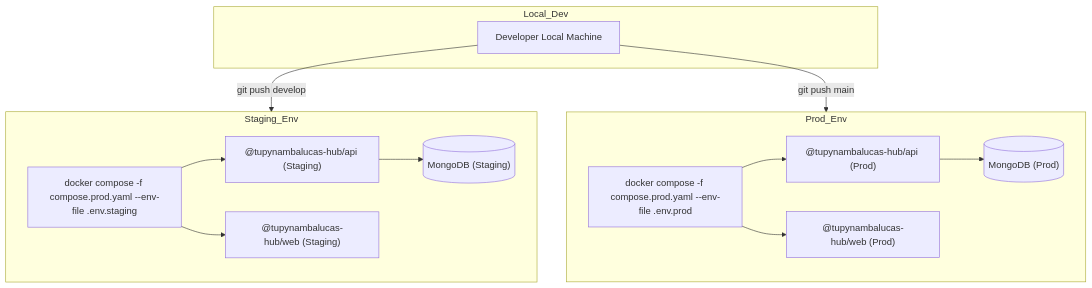
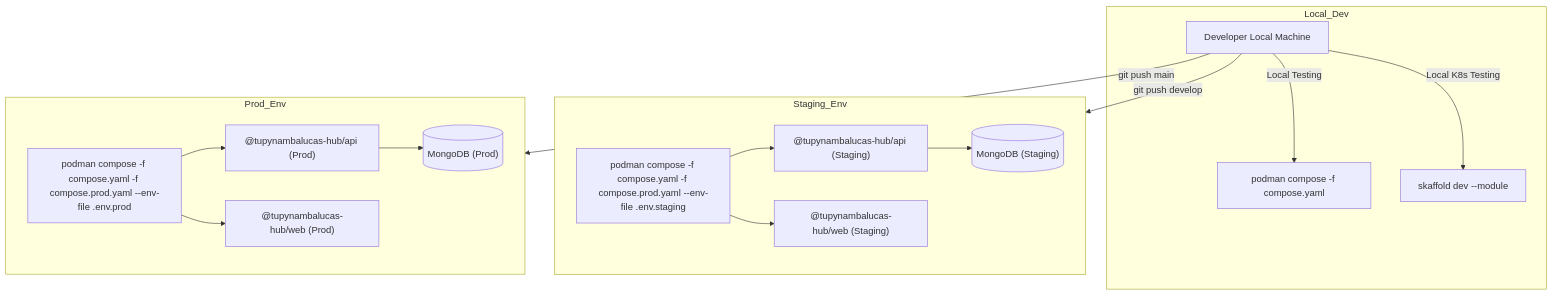
One commit to tupynambalucas/tupynambalucas changed the diagram in docs/handbook/reference/infrastructure.mdx. Above: the diagram before and after it, drawn with Mermaid. The commit also changed other lines of this file and 32 other files, not shown here.

````diff
--- a/docs/handbook/reference/infrastructure.mdx
+++ b/docs/handbook/reference/infrastructure.mdx
@@ -6,30 +21,34 @@
 ```mermaid
 graph TD
     direction TB
     subgraph Local_Dev
         Code["Developer Local Machine"]
+        LocalCompose["podman compose -f compose.yaml"]
+        LocalK8s["skaffold dev --module <name>"]
     end
     subgraph Staging_Env
-        StgCompose["docker compose -f compose.prod.yaml --env-file .env.staging"]
+        StgCompose["podman compose -f compose.yaml -f compose.prod.yaml --env-file .env.staging"]
         StgAPI["@tupynambalucas-hub/api (Staging)"]
         StgWeb["@tupynambalucas-hub/web (Staging)"]
         StgDB[("MongoDB (Staging)")]
     end
     subgraph Prod_Env
-        ProdCompose["docker compose -f compose.prod.yaml --env-file .env.prod"]
+        ProdCompose["podman compose -f compose.yaml -f compose.prod.yaml --env-file .env.prod"]
         ProdAPI["@tupynambalucas-hub/api (Prod)"]
         ProdWeb["@tupynambalucas-hub/web (Prod)"]
         ProdDB[("MongoDB (Prod)")]
     end
 
+    Code -->|Local Testing| LocalCompose
+    Code -->|Local K8s Testing| LocalK8s
     Code -->|git push develop| Staging_Env
     Code -->|git push main| Prod_Env
 
     StgCompose --> StgAPI
     StgCompose --> StgWeb
     StgAPI --> StgDB
 
     ProdCompose --> ProdAPI
     ProdCompose --> ProdWeb
     ProdAPI --> ProdDB
 ```
````
